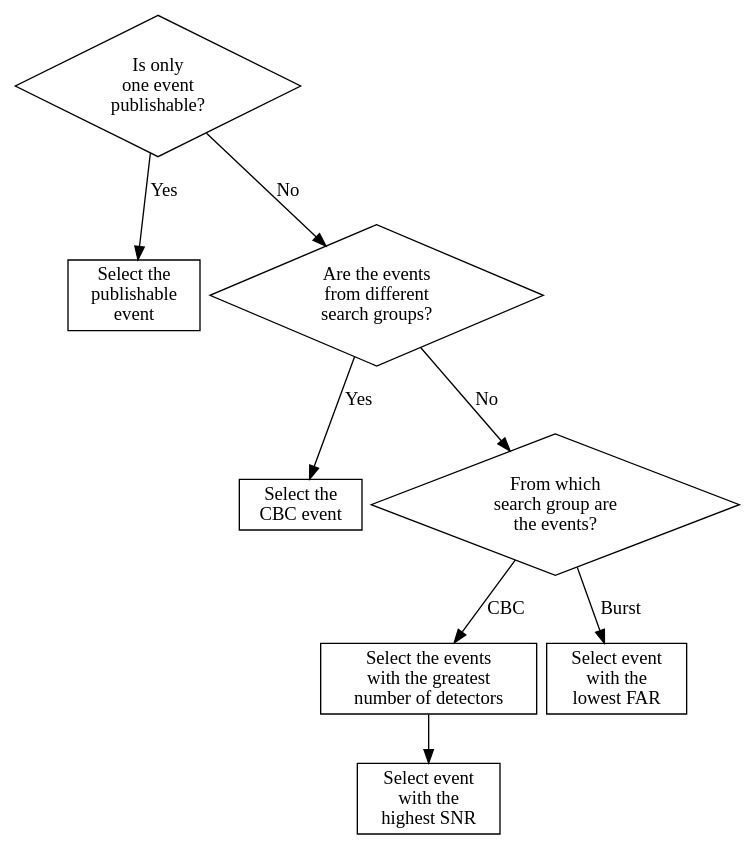
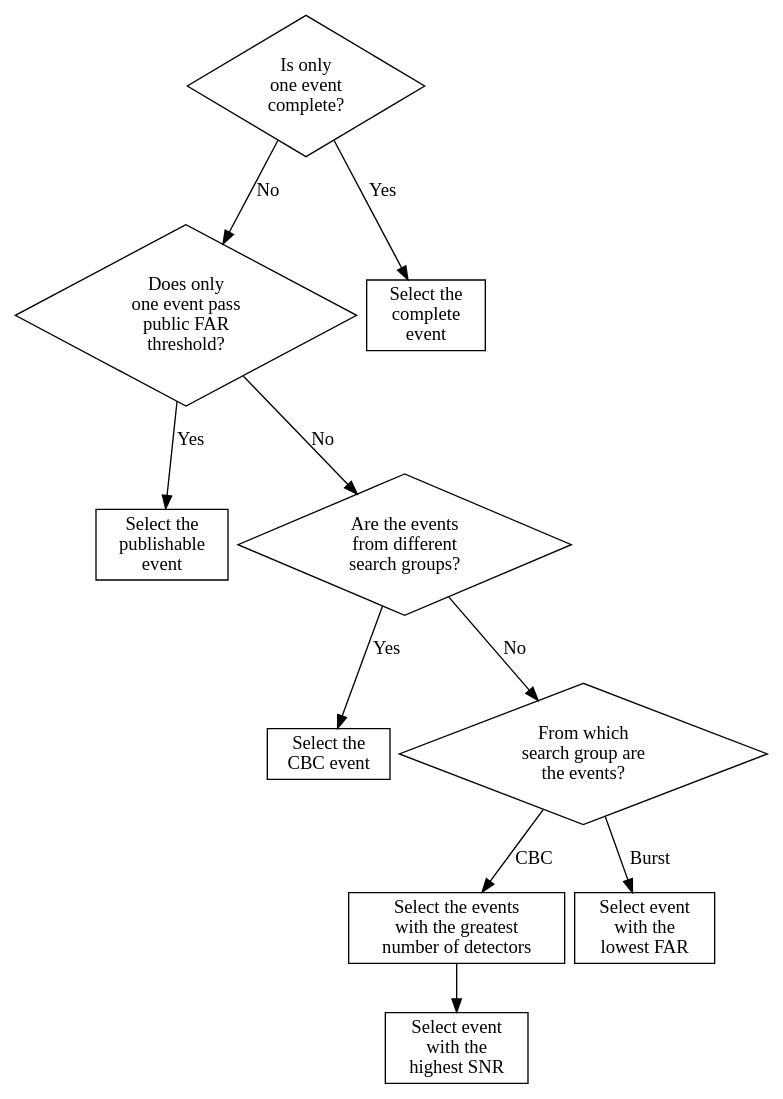
The diagram in doc/gwcelery.tasks.superevents.rst (lpsinger/gwcelery), drawn with Graphviz before and after one commit. The commit also changed other lines of this file, not shown here.

Commit message:
add superevent-2-0 flowchart and documentation

```diff
--- a/doc/gwcelery.tasks.superevents.rst
+++ b/doc/gwcelery.tasks.superevents.rst
@@ -47,61 +66,72 @@
 .. digraph:: preferred_event
 
     compound = true
     nodesep = 0.1
     ranksep = 0.5
 
     node [
         fillcolor = white
         shape = box
         style = filled
         target = "_top"
     ]
 
     graph [
         labeljust = "left"
         style = filled
         target = "_top"
     ]
 
-    should_publish_differs [
-        label = "Is only\none event\npublishable?"
+    far_differs [
+        label = "Does only\none event pass \n public FAR\nthreshold?"
         shape = diamond
     ]
 
-    should_publish_decides [
+    completeness_differs [
+        label = "Is only\none event\ncomplete?"
+        shape = diamond
+    ]
+
+    far_decides [
         label = "Select the\npublishable\nevent"
+    ]
+
+    completeness_decides [
+        label = "Select the\ncomplete\nevent"
     ]
 
     group_differs [
         label = "Are the events\nfrom different\nsearch groups?"
         shape = diamond
     ]
 
     group_decides [
         label = "Select the\nCBC event"
     ]
 
     which_group [
         label = "From which\nsearch group are\nthe events?"
         shape = diamond
     ]
 
     how_many_detectors [
         label = "Select the events\nwith the greatest\nnumber of detectors"
     ]
 
     cbc_significance [
         label = "Select event\nwith the\nhighest SNR"
     ]
 
     burst_significance [
         label = "Select event\nwith the\nlowest FAR"
     ]
 
-    should_publish_differs -> should_publish_decides [label = Yes]
-    should_publish_differs -> group_differs [label = No]
+    completeness_differs -> completeness_decides [label = Yes]
+    completeness_differs -> far_differs[label = No]
+    far_differs -> far_decides [label = Yes]
+    far_differs -> group_differs [label = No]
     group_differs -> group_decides [label = Yes]
     group_differs -> which_group [label = No]
     which_group -> how_many_detectors [label = CBC]
     how_many_detectors -> cbc_significance
     which_group -> burst_significance [label = Burst]
```
